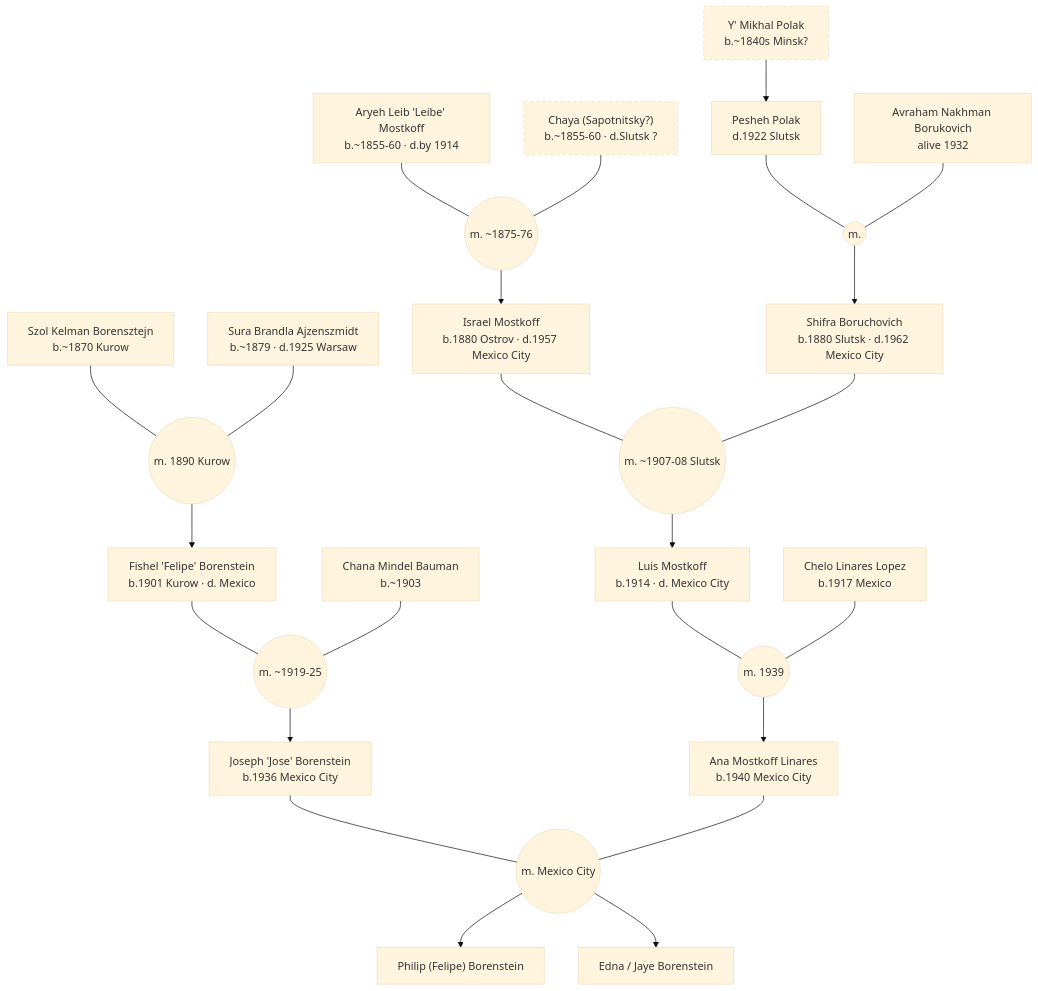
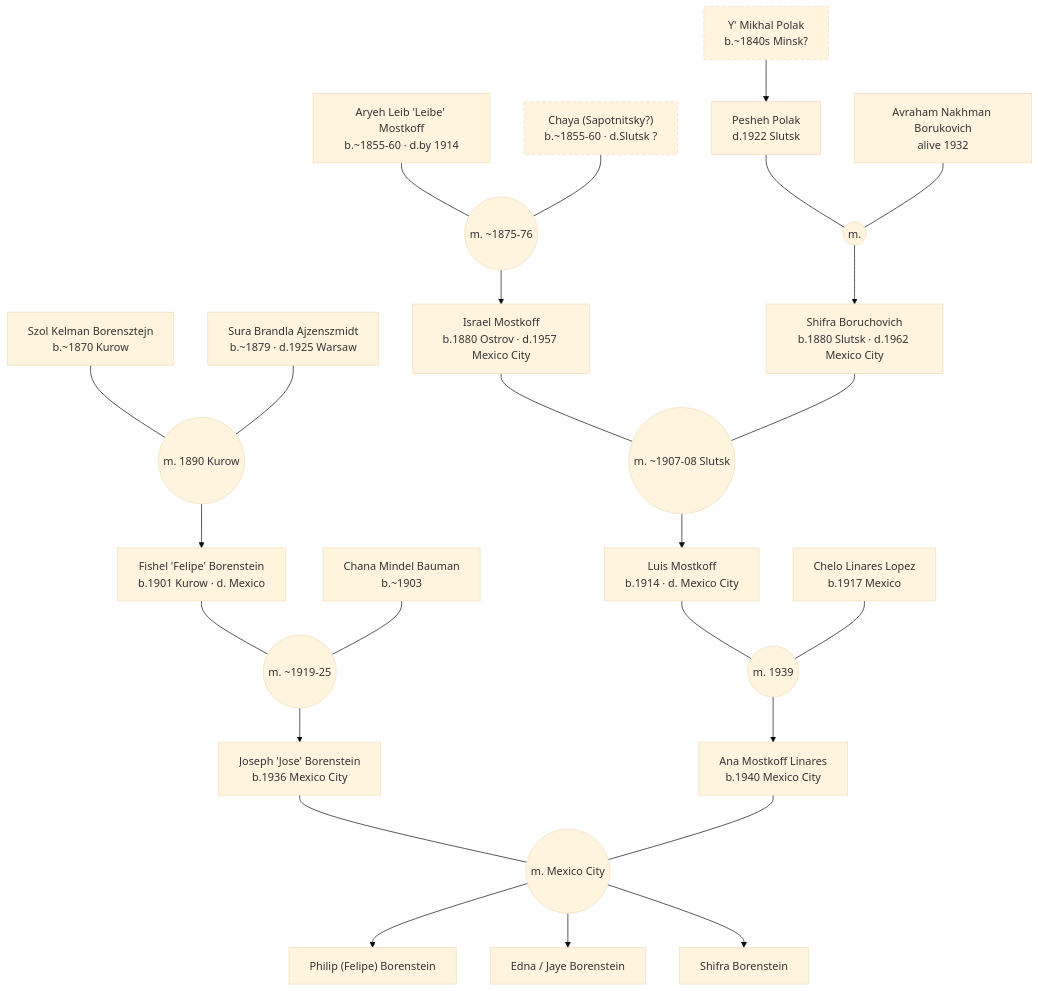
Before and after one commit to pborenstein/geneaology: the first of 5 diagrams in data/family-tree.md, drawn with Mermaid (base theme). The commit also changed other lines of this file and 5 other files, not shown here.

Commit message:
fix(data): add Shifra Borenstein, third child of Joseph & Ana (Philip, 2026-10-13) — people.md, family tree, overview; CF-23 annotated

````diff
--- a/data/family-tree.md
+++ b/data/family-tree.md
@@ -15,35 +15,36 @@
 ```mermaid
 graph TD
     A01["Szol Kelman Borensztejn<br/>b.~1870 Kurow"] --- MA0102(("m. 1890 Kurow"))
     A02["Sura Brandla Ajzenszmidt<br/>b.~1879 · d.1925 Warsaw"] --- MA0102
     MA0102 --> A05["Fishel 'Felipe' Borenstein<br/>b.1901 Kurow · d. Mexico"]
 
     A05 --- MA0515(("m. ~1919-25"))
     A15["Chana Mindel Bauman<br/>b.~1903"] --- MA0515
     MA0515 --> A18["Joseph 'Jose' Borenstein<br/>b.1936 Mexico City"]
 
     B01["Aryeh Leib 'Leibe' Mostkoff<br/>b.~1855-60 · d.by 1914"] --- MB0102(("m. ~1875-76"))
     B02["Chaya (Sapotnitsky?)<br/>b.~1855-60 · d.Slutsk ?"] --- MB0102
     MB0102 --> B04["Israel Mostkoff<br/>b.1880 Ostrov · d.1957 Mexico City"]
 
     C01["Y' Mikhal Polak<br/>b.~1840s Minsk?"] --> C02["Pesheh Polak<br/>d.1922 Slutsk"]
     C02 --- MC0203(("m."))
     C03["Avraham Nakhman Borukovich<br/>alive 1932"] --- MC0203
     MC0203 --> C06["Shifra Boruchovich<br/>b.1880 Slutsk · d.1962 Mexico City"]
 
     B04 --- MB0406(("m. ~1907-08 Slutsk"))
     C06 --- MB0406
     MB0406 --> B12["Luis Mostkoff<br/>b.1914 · d. Mexico City"]
 
     B12 --- MB1215(("m. 1939"))
     B15["Chelo Linares Lopez<br/>b.1917 Mexico"] --- MB1215
     MB1215 --> B17["Ana Mostkoff Linares<br/>b.1940 Mexico City"]
 
     A18 --- MA1817(("m. Mexico City"))
     B17 --- MA1817
     MA1817 --> PHILIP["Philip (Felipe) Borenstein"]
     MA1817 --> EDNA["Edna / Jaye Borenstein"]
+    MA1817 --> SHIFRA["Shifra Borenstein"]
 
     style B02 stroke-dasharray:5 4
     style C01 stroke-dasharray:5 4
 ```
````
